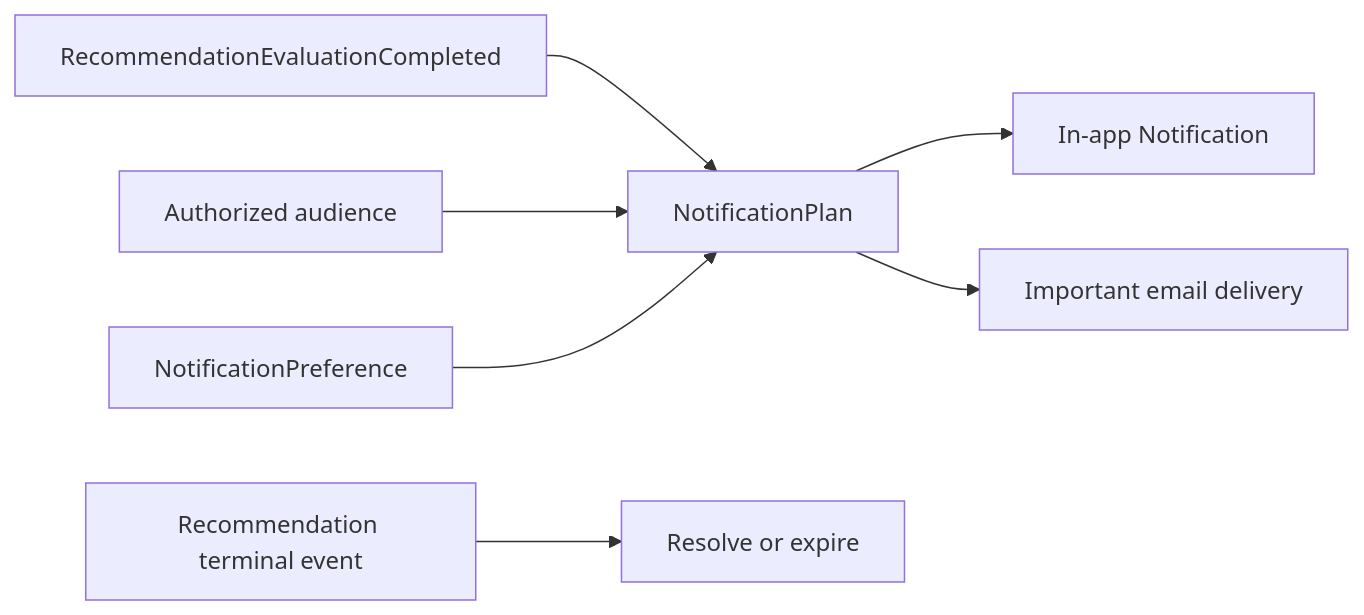
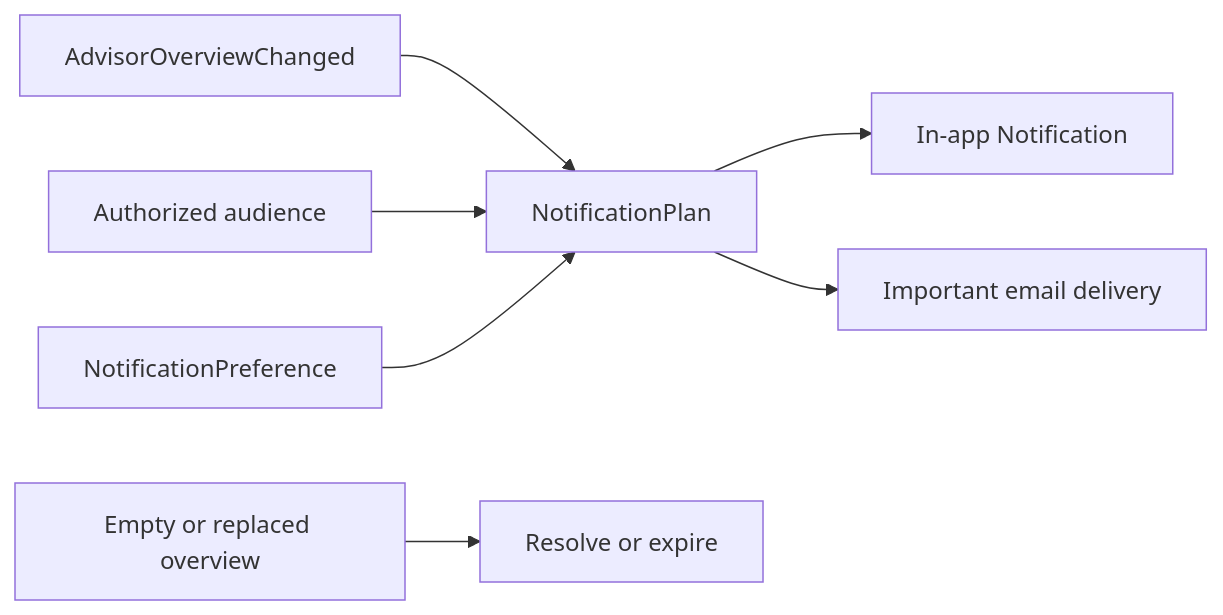
One commit to DanyDev56/atlas-design changed the diagram in fondation/domains/notifications/README.md. Above: the diagram before and after it, drawn with Mermaid. The commit also changed other lines of this file and 46 other files, not shown here.

First line of the commit message:
docs: Update Advisor and Notifications domains for improved convergence handling

````diff
--- a/fondation/domains/notifications/README.md
+++ b/fondation/domains/notifications/README.md
@@ -68,9 +68,9 @@
 ```mermaid
 flowchart LR
-    Advisor[RecommendationEvaluationCompleted] --> Plan[NotificationPlan]
+    Advisor[AdvisorOverviewChanged] --> Plan[NotificationPlan]
     Identity[Authorized audience] --> Plan
     Preferences[NotificationPreference] --> Plan
     Plan --> Inbox[In-app Notification]
     Plan --> Email[Important email delivery]
-    Terminal[Recommendation terminal event] --> Resolve[Resolve or expire]
+    Convergence[Empty or replaced overview] --> Resolve[Resolve or expire]
 ```
````
